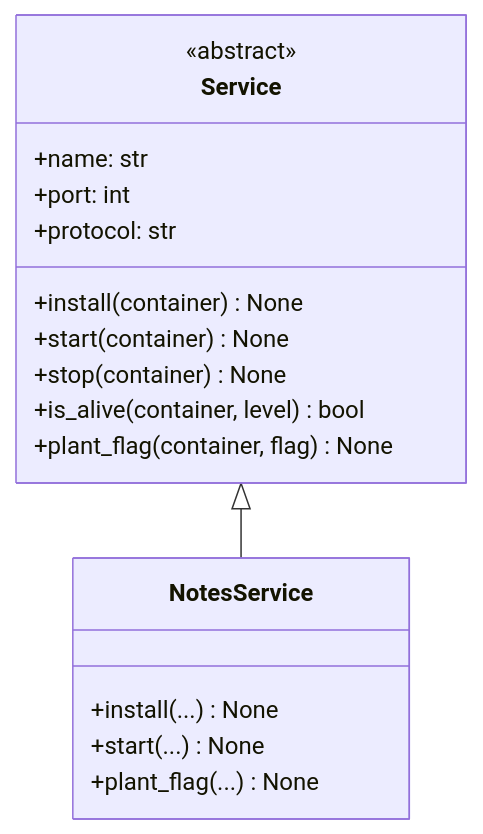
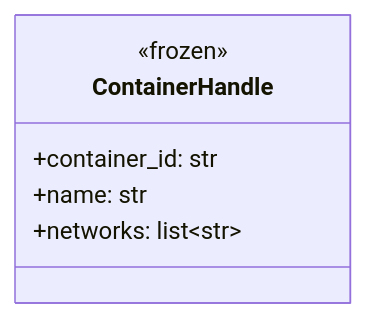
Before and after one commit to YueyangPan/CyberArenaOrchestration: the third of 3 diagrams in docs/UML/orchestrator.md, drawn with Mermaid. The commit also changed other lines of this file and 6 other files, not shown here.

First line of the commit message:
docs: Stage 11 — refresh UML + v2 plan to reflect shipped state

````diff
--- a/docs/UML/orchestrator.md
+++ b/docs/UML/orchestrator.md
@@ -139,22 +139,9 @@
 ```mermaid
 classDiagram
-  class Service {
-    <<abstract>>
+  class ContainerHandle {
+    <<frozen>>
+    +container_id: str
     +name: str
-    +port: int
-    +protocol: str
-    +install(container) None
-    +start(container) None
-    +stop(container) None
-    +is_alive(container, level) bool
-    +plant_flag(container, flag) None
+    +networks: list~str~
   }
-
-  class NotesService {
-    +install(...) None
-    +start(...) None
-    +plant_flag(...) None
-  }
-
-  Service <|-- NotesService
 ```
````
